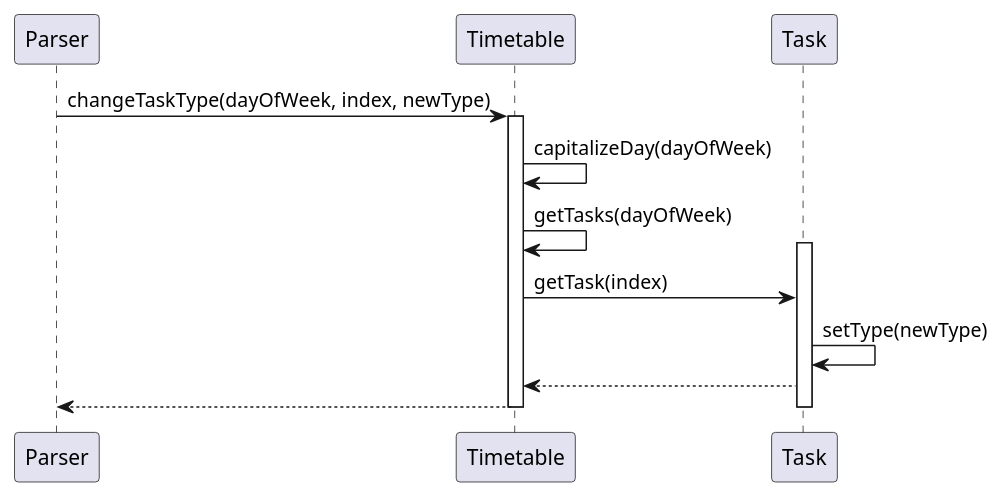
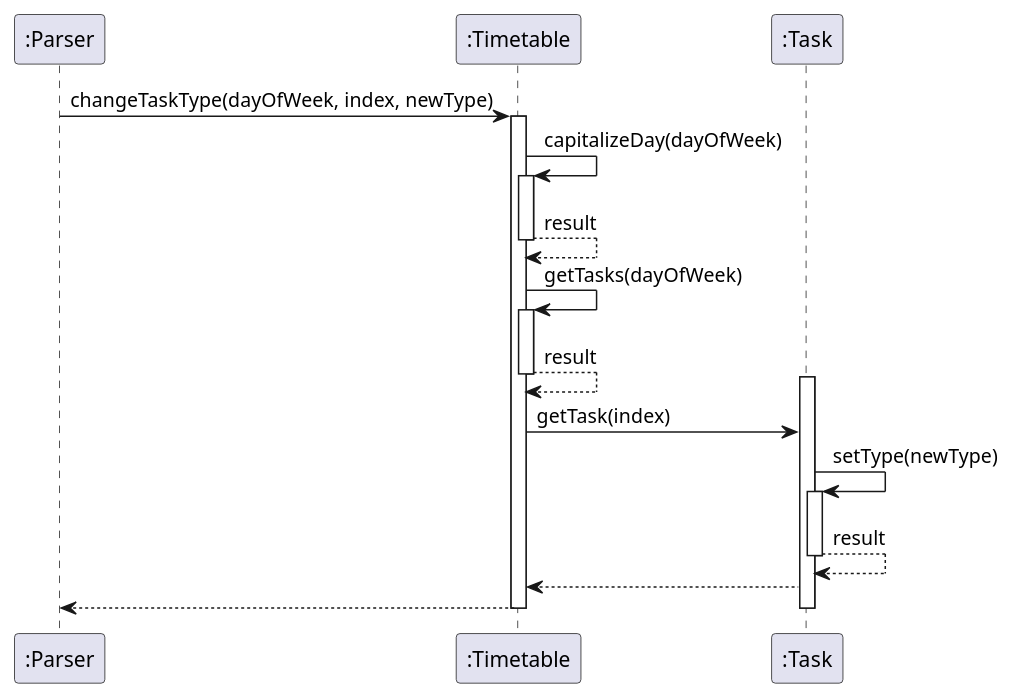
The diagram in docs/changeTaskType.puml (ZhuSijia0711/tp), drawn with PlantUML before and after one commit. The commit also changed 9 other files, not shown here.

Commit message:
Fixing DG diagrams

```diff
--- a/docs/changeTaskType.puml
+++ b/docs/changeTaskType.puml
@@ -1,17 +1,29 @@
 @startuml
-participant Parser
-participant Timetable
-participant Task
+participant ":Parser" as Parser
+participant ":Timetable" as Timetable
+participant ":Task" as Task
 
 Parser -> Timetable: changeTaskType(dayOfWeek, index, newType)
 activate Timetable
 Timetable -> Timetable: capitalizeDay(dayOfWeek)
+activate Timetable
+Timetable --> Timetable: result
+deactivate Timetable
 Timetable -> Timetable: getTasks(dayOfWeek)
+activate Timetable
+Timetable --> Timetable: result
+deactivate Timetable
+
 activate Task
 Timetable -> Task: getTask(index)
 Task -> Task: setType(newType)
+activate Task
+Task --> Task: result
+deactivate Task
+
+
 Task -->Timetable
 Timetable --> Parser:
 deactivate Task
 deactivate Timetable
 @enduml
```
